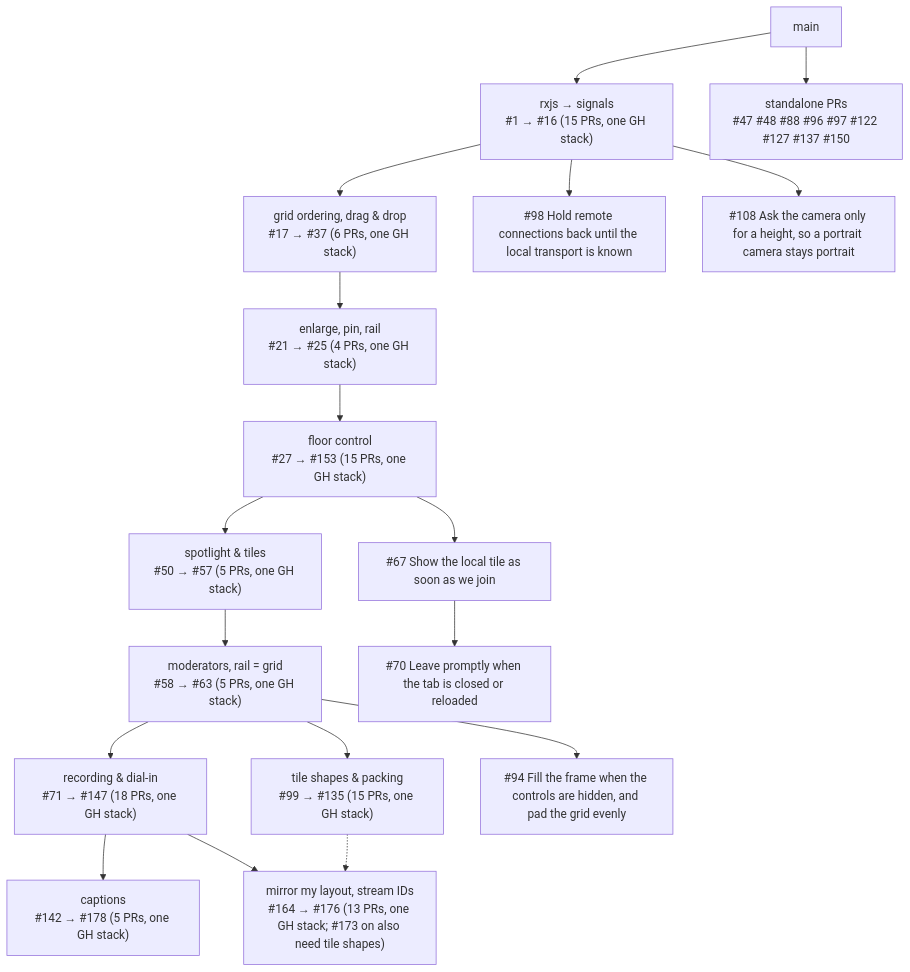
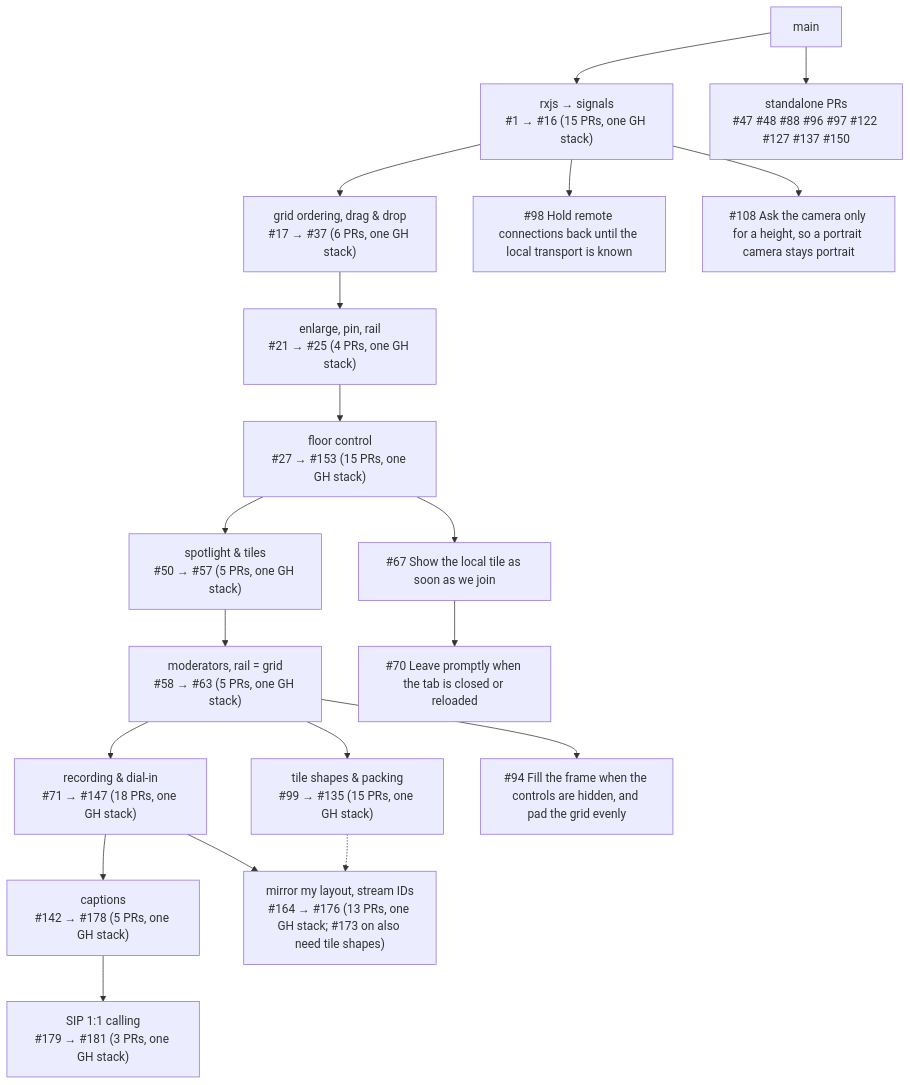
The diagram in docs/experiment_stack.md (MaximilianGaedig/element-call), drawn with Mermaid before and after one commit. The commit also changed other lines of this file, not shown here.

Commit message:
Stack overview: SIP 1:1 calling (#179 to #181)

````diff
--- a/docs/experiment_stack.md
+++ b/docs/experiment_stack.md
@@ -21,37 +21,39 @@
 ```mermaid
 graph TD
   main[main]
   foundation["rxjs → signals<br/>#1 → #16 (15 PRs, one GH stack)"]
   main --> foundation
   drag["grid ordering, drag & drop<br/>#17 → #37 (6 PRs, one GH stack)"]
   foundation --> drag
   spotlight["enlarge, pin, rail<br/>#21 → #25 (4 PRs, one GH stack)"]
   drag --> spotlight
   floor["floor control<br/>#27 → #153 (15 PRs, one GH stack)"]
   spotlight --> floor
   spotlight2["spotlight & tiles<br/>#50 → #57 (5 PRs, one GH stack)"]
   floor --> spotlight2
   floor2["moderators, rail = grid<br/>#58 → #63 (5 PRs, one GH stack)"]
   spotlight2 --> floor2
   recording["recording & dial-in<br/>#71 → #147 (18 PRs, one GH stack)"]
   floor2 --> recording
   captions["captions<br/>#142 → #178 (5 PRs, one GH stack)"]
   recording --> captions
+  sip["SIP 1:1 calling<br/>#179 → #181 (3 PRs, one GH stack)"]
+  captions --> sip
   mirror["mirror my layout, stream IDs<br/>#164 → #176 (13 PRs, one GH stack; #173 on also need tile shapes)"]
   recording --> mirror
   shapes -.-> mirror
   shapes["tile shapes & packing<br/>#99 → #135 (15 PRs, one GH stack)"]
   floor2 --> shapes
   pr67["#67 Show the local tile as soon as we join"]
   floor --> pr67
   pr70["#70 Leave promptly when the tab is closed or reloaded"]
   pr67 --> pr70
   pr94["#94 Fill the frame when the controls are hidden, and pad the grid evenly"]
   floor2 --> pr94
   pr98["#98 Hold remote connections back until the local transport is known"]
   foundation --> pr98
   pr108["#108 Ask the camera only for a height, so a portrait camera stays portrait"]
   foundation --> pr108
   standalone["standalone PRs<br/>#47 #48 #88 #96 #97 #122 #127 #137 #150"]
   main --> standalone
 ```
````
